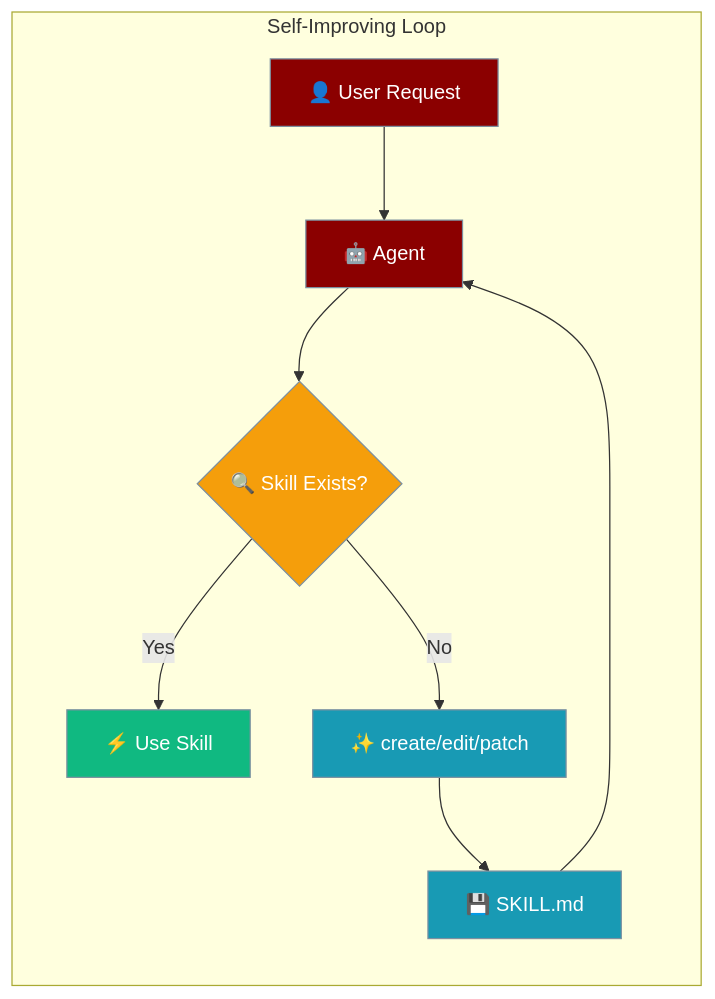
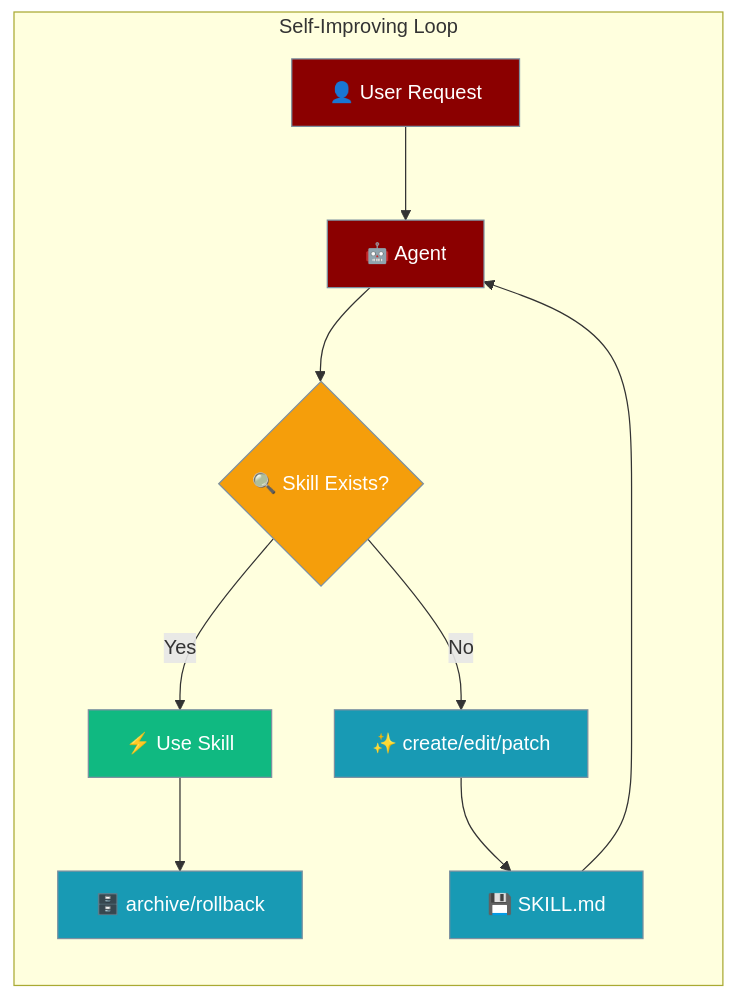
The first of 2 diagrams in docs/features/skill-manage.mdx (MervinPraison/PraisonAIDocs), drawn with Mermaid before and after one commit. The commit also changed other lines of this file and 2 other files, not shown here.

````diff
--- a/docs/features/skill-manage.mdx
+++ b/docs/features/skill-manage.mdx
@@ -10,20 +10,22 @@
 ```mermaid
 graph LR
     subgraph "Self-Improving Loop"
         U[👤 User Request] --> A[🤖 Agent]
         A --> M{🔍 Skill Exists?}
         M -->|Yes| USE[⚡ Use Skill]
         M -->|No| NEW[✨ create/edit/patch]
         NEW --> SAVE[💾 SKILL.md]
         SAVE --> A
+        USE --> ARC[🗄️ archive/rollback]
     end
     classDef user fill:#8B0000,stroke:#7C90A0,color:#fff
     classDef agent fill:#8B0000,stroke:#7C90A0,color:#fff
     classDef decide fill:#F59E0B,stroke:#7C90A0,color:#fff
     classDef action fill:#189AB4,stroke:#7C90A0,color:#fff
     classDef done fill:#10B981,stroke:#7C90A0,color:#fff
     class U,A user
     class M decide
     class NEW,SAVE action
     class USE done
+    class ARC action
 ```
````
